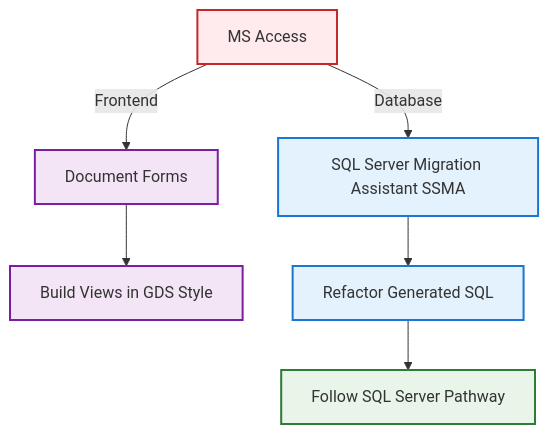
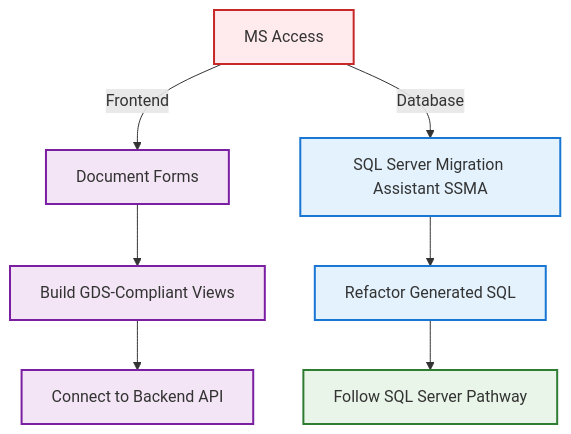
The diagram in playbook/pages/pathways/ms-access/README.md (DEFRA/defra-ai-legacy-modernisation), drawn with Mermaid before and after one commit. The commit also changed other lines of this file and 7 other files, not shown here.

```diff
--- a/playbook/pages/pathways/ms-access/README.md
+++ b/playbook/pages/pathways/ms-access/README.md
@@ -12,18 +12,19 @@
 <pre class="mermaid">
 graph TD
     A[MS Access] -->|Frontend| B[Document Forms]
-    B --> C[Build Views in GDS Style]
+    B --> C[Build GDS-Compliant Views]
+    C --> G[Connect to Backend API]
     A -->|Database| D[SQL Server Migration Assistant SSMA]
     D --> E[Refactor Generated SQL]
     E --> F[Follow SQL Server Pathway]
 
     classDef legacy fill:#ffebee,stroke:#c62828,stroke-width:2px
     classDef frontend fill:#f3e5f5,stroke:#7b1fa2,stroke-width:2px
     classDef migration fill:#e3f2fd,stroke:#1976d2,stroke-width:2px
     classDef pathway fill:#e8f5e8,stroke:#2e7d32,stroke-width:2px
 
     class A legacy
-    class B,C frontend
+    class B,C,G frontend
     class D,E migration
     class F pathway
 </pre>
```
